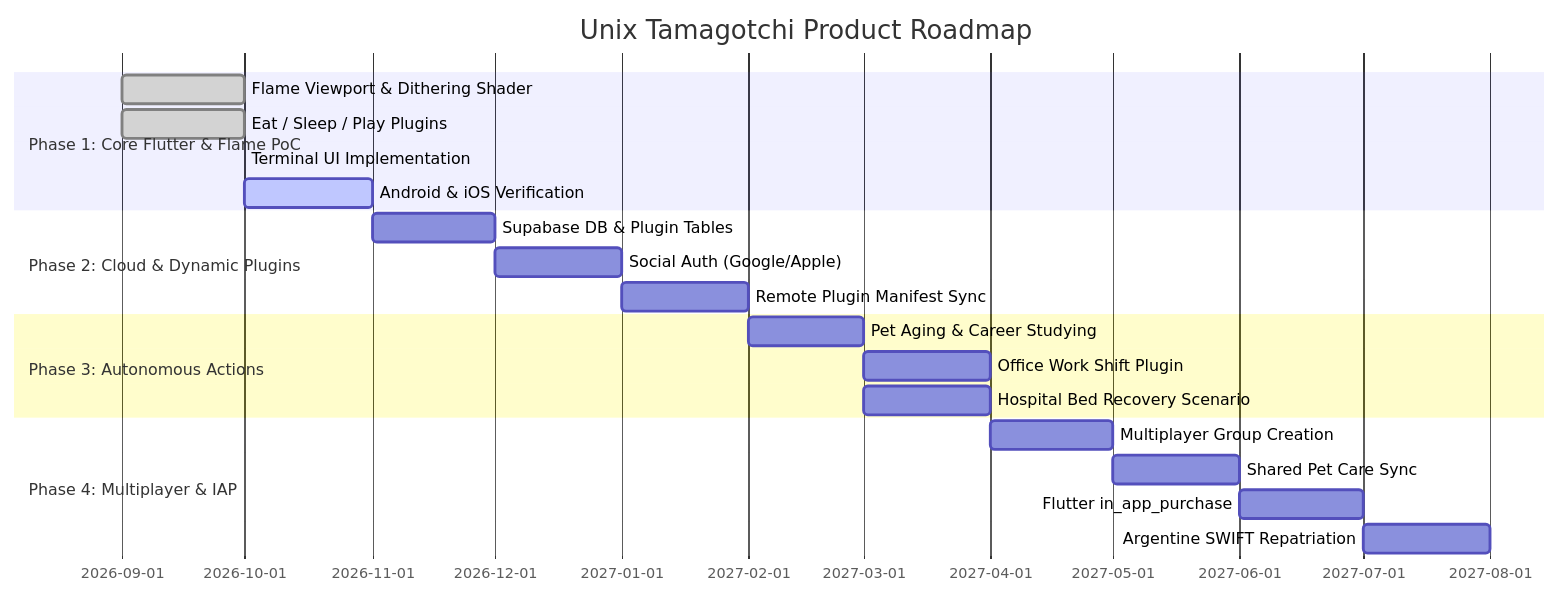
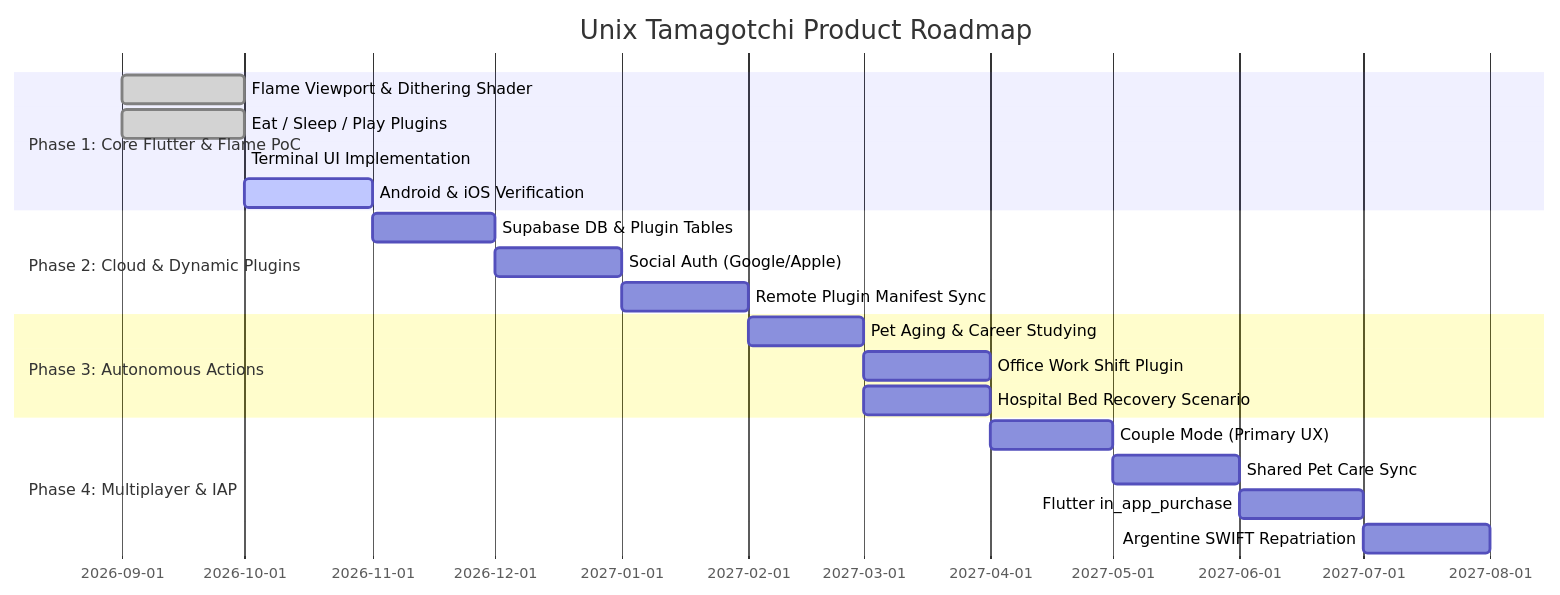
Before and after one commit to TheMrCorvy/HATCH.REF: the diagram in Documentation/Features/04-poc-scope-and-future-roadmap.md, drawn with Mermaid. The commit also changed other lines of this file and 5 other files, not shown here.

````diff
--- a/Documentation/Features/04-poc-scope-and-future-roadmap.md
+++ b/Documentation/Features/04-poc-scope-and-future-roadmap.md
@@ -30,26 +30,26 @@
 ```mermaid
 gantt
     title Unix Tamagotchi Product Roadmap
     dateFormat  YYYY-MM
     section Phase 1: Core Flutter & Flame PoC
     Flame Viewport & Dithering Shader :done, p1_1, 2026-09, 2026-10
     Eat / Sleep / Play Plugins       :done, p1_2, 2026-09, 2026-10
     Terminal UI Implementation       :done, p1_3, 2026-10, 2026-10
     Android & iOS Verification       :active, p1_4, 2026-10, 2026-11
 
     section Phase 2: Cloud & Dynamic Plugins
     Supabase DB & Plugin Tables      :p2_1, 2026-11, 2026-12
     Social Auth (Google/Apple)       :p2_2, 2026-12, 2027-01
     Remote Plugin Manifest Sync      :p2_3, 2027-01, 2027-02
 
     section Phase 3: Autonomous Actions
     Pet Aging & Career Studying      :p3_1, 2027-02, 2027-03
     Office Work Shift Plugin         :p3_2, 2027-03, 2027-04
     Hospital Bed Recovery Scenario   :p3_3, 2027-03, 2027-04
 
     section Phase 4: Multiplayer & IAP
-    Multiplayer Group Creation       :p4_1, 2027-04, 2027-05
+    Couple Mode (Primary UX)         :p4_1, 2027-04, 2027-05
     Shared Pet Care Sync             :p4_2, 2027-05, 2027-06
     Flutter in_app_purchase          :p4_3, 2027-06, 2027-07
     Argentine SWIFT Repatriation     :p4_4, 2027-07, 2027-08
 ```
````
